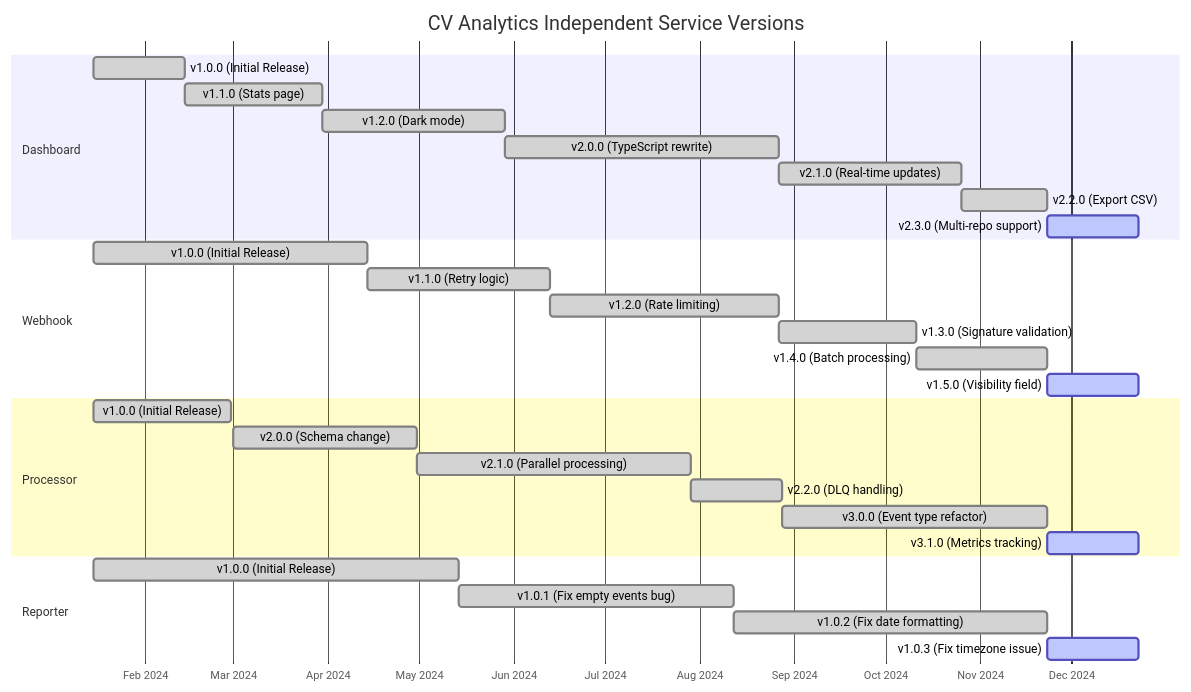
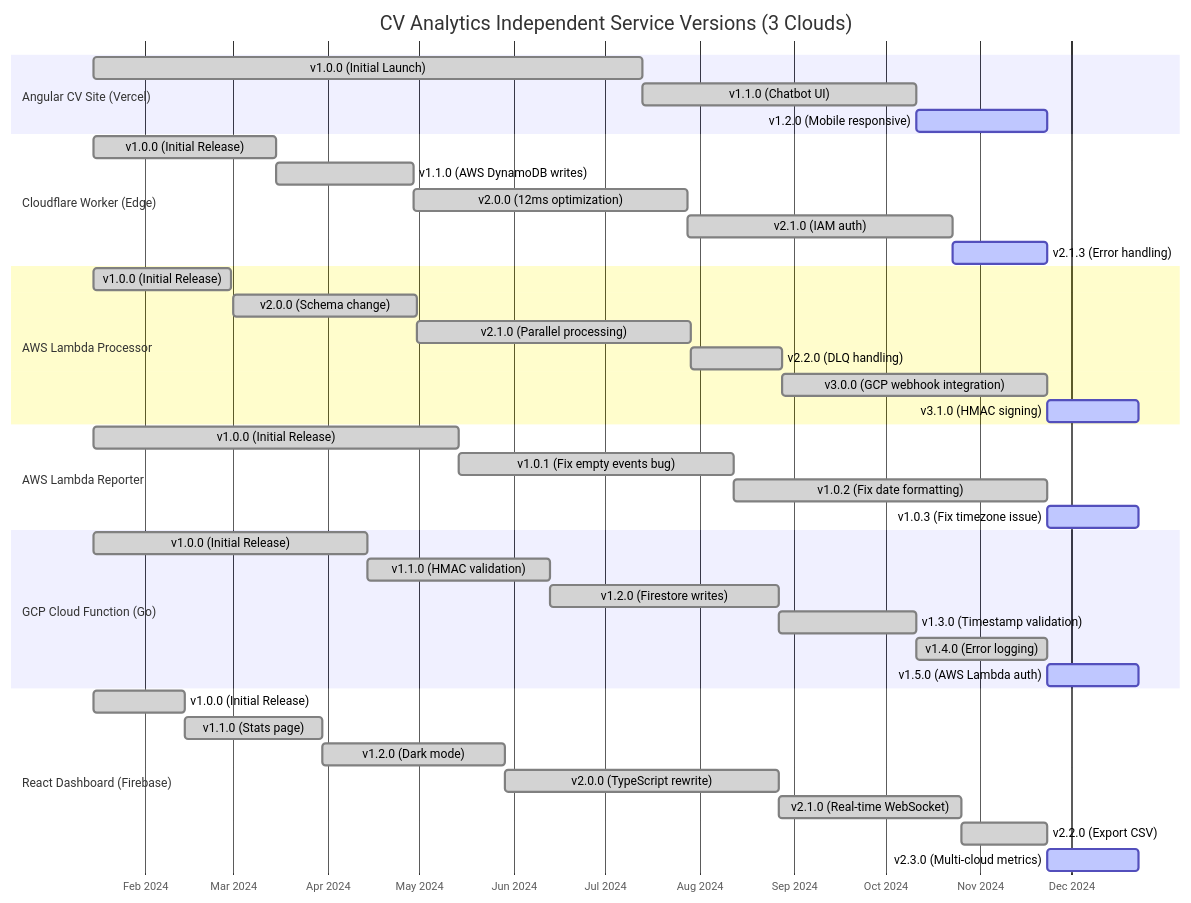
The second of 3 diagrams in gcp-blog/06-semantic-versioning.md (josejalvarezm/cv-ai-agent), drawn with Mermaid before and after one commit. The commit also changed other lines of this file and 2 other files, not shown here.

````diff
--- a/gcp-blog/06-semantic-versioning.md
+++ b/gcp-blog/06-semantic-versioning.md
@@ -432,37 +434,49 @@
 ```mermaid
 gantt
-    title CV Analytics Independent Service Versions
+    title CV Analytics Independent Service Versions (3 Clouds)
     dateFormat YYYY-MM-DD
     axisFormat %b %Y
     
-    section Dashboard
+    section Angular CV Site (Vercel)
+    v1.0.0 (Initial Launch)           :done, ang1, 2024-01-15, 180d
+    v1.1.0 (Chatbot UI)               :done, ang2, 2024-07-13, 90d
+    v1.2.0 (Mobile responsive)        :active, ang3, 2024-10-11, 43d
+    
+    section Cloudflare Worker (Edge)
+    v1.0.0 (Initial Release)          :done, cf1, 2024-01-15, 60d
+    v1.1.0 (AWS DynamoDB writes)      :done, cf2, 2024-03-15, 45d
+    v2.0.0 (12ms optimization)        :done, cf3, 2024-04-29, 90d
+    v2.1.0 (IAM auth)                 :done, cf4, 2024-07-28, 87d
+    v2.1.3 (Error handling)           :active, cf5, 2024-10-23, 31d
+    
+    section AWS Lambda Processor
+    v1.0.0 (Initial Release)          :done, proc1, 2024-01-15, 45d
+    v2.0.0 (Schema change)            :done, proc2, 2024-03-01, 60d
+    v2.1.0 (Parallel processing)      :done, proc3, 2024-04-30, 90d
+    v2.2.0 (DLQ handling)             :done, proc4, 2024-07-29, 30d
+    v3.0.0 (GCP webhook integration)  :done, proc5, 2024-08-28, 87d
+    v3.1.0 (HMAC signing)             :active, proc6, 2024-11-23, 30d
+    
+    section AWS Lambda Reporter
+    v1.0.0 (Initial Release)          :done, rep1, 2024-01-15, 120d
+    v1.0.1 (Fix empty events bug)     :done, rep2, 2024-05-14, 90d
+    v1.0.2 (Fix date formatting)      :done, rep3, 2024-08-12, 103d
+    v1.0.3 (Fix timezone issue)       :active, rep4, 2024-11-23, 30d
+    
+    section GCP Cloud Function (Go)
+    v1.0.0 (Initial Release)          :done, gcp1, 2024-01-15, 90d
+    v1.1.0 (HMAC validation)          :done, gcp2, 2024-04-14, 60d
+    v1.2.0 (Firestore writes)         :done, gcp3, 2024-06-13, 75d
+    v1.3.0 (Timestamp validation)     :done, gcp4, 2024-08-27, 45d
+    v1.4.0 (Error logging)            :done, gcp5, 2024-10-11, 43d
+    v1.5.0 (AWS Lambda auth)          :active, gcp6, 2024-11-23, 30d
+    
+    section React Dashboard (Firebase)
     v1.0.0 (Initial Release)          :done, dash1, 2024-01-15, 30d
     v1.1.0 (Stats page)               :done, dash2, 2024-02-14, 45d
     v1.2.0 (Dark mode)                :done, dash3, 2024-03-30, 60d
     v2.0.0 (TypeScript rewrite)       :done, dash4, 2024-05-29, 90d
-    v2.1.0 (Real-time updates)        :done, dash5, 2024-08-27, 60d
+    v2.1.0 (Real-time WebSocket)      :done, dash5, 2024-08-27, 60d
     v2.2.0 (Export CSV)               :done, dash6, 2024-10-26, 28d
-    v2.3.0 (Multi-repo support)       :active, dash7, 2024-11-23, 30d
-    
-    section Webhook
-    v1.0.0 (Initial Release)          :done, hook1, 2024-01-15, 90d
-    v1.1.0 (Retry logic)              :done, hook2, 2024-04-14, 60d
-    v1.2.0 (Rate limiting)            :done, hook3, 2024-06-13, 75d
-    v1.3.0 (Signature validation)     :done, hook4, 2024-08-27, 45d
-    v1.4.0 (Batch processing)         :done, hook5, 2024-10-11, 43d
-    v1.5.0 (Visibility field)         :active, hook6, 2024-11-23, 30d
-    
-    section Processor
-    v1.0.0 (Initial Release)          :done, proc1, 2024-01-15, 45d
-    v2.0.0 (Schema change)            :done, proc2, 2024-03-01, 60d
-    v2.1.0 (Parallel processing)      :done, proc3, 2024-04-30, 90d
-    v2.2.0 (DLQ handling)             :done, proc4, 2024-07-29, 30d
-    v3.0.0 (Event type refactor)      :done, proc5, 2024-08-28, 87d
-    v3.1.0 (Metrics tracking)         :active, proc6, 2024-11-23, 30d
-    
-    section Reporter
-    v1.0.0 (Initial Release)          :done, rep1, 2024-01-15, 120d
-    v1.0.1 (Fix empty events bug)     :done, rep2, 2024-05-14, 90d
-    v1.0.2 (Fix date formatting)      :done, rep3, 2024-08-12, 103d
-    v1.0.3 (Fix timezone issue)       :active, rep4, 2024-11-23, 30d
+    v2.3.0 (Multi-cloud metrics)      :active, dash7, 2024-11-23, 30d
 ```
````
